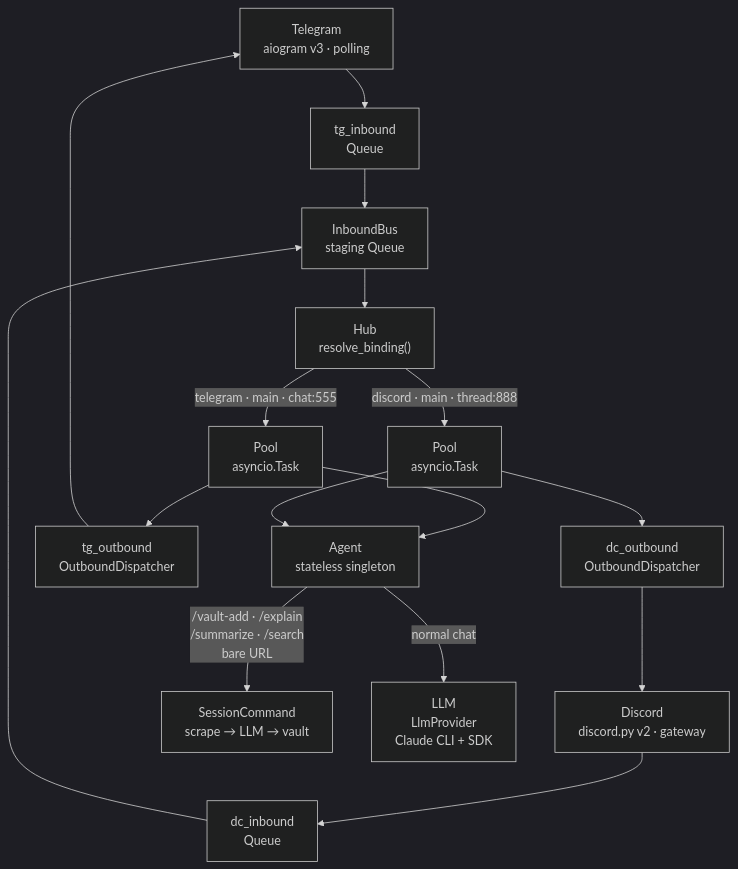
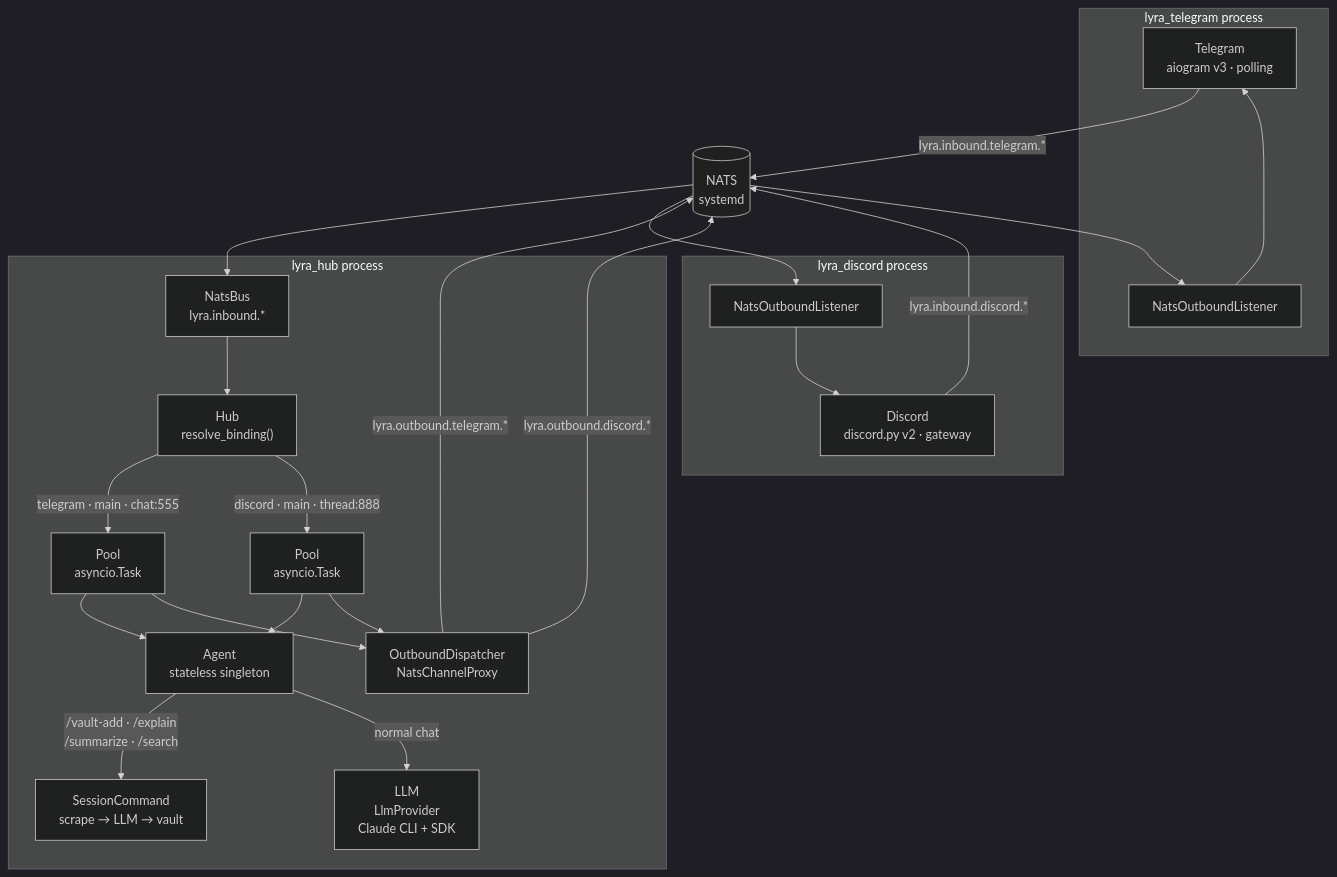
The diagram in README.md (Roxabi/lyra), drawn with Mermaid (dark theme) before and after one commit. The commit also changed other lines of this file and 4 other files, not shown here.

First line of the commit message:
docs: update all docs for NATS three-process mode (#458)

````diff
--- a/README.md
+++ b/README.md
@@ -30,18 +30,38 @@
 ```mermaid
 flowchart TD
-    TG["Telegram<br/>aiogram v3 · polling"] --> TQ["tg_inbound<br/>Queue"]
-    DC["Discord<br/>discord.py v2 · gateway"] --> DQ["dc_inbound<br/>Queue"]
-    TQ --> STG["InboundBus<br/>staging Queue"]
-    DQ --> STG
-    STG --> HUB["Hub<br/>resolve_binding()"]
-    HUB -->|"telegram · main · chat:555"| P1["Pool<br/>asyncio.Task"]
-    HUB -->|"discord · main · thread:888"| P2["Pool<br/>asyncio.Task"]
-    P1 --> AGENT["Agent<br/>stateless singleton"]
+    subgraph AP["lyra_telegram process"]
+        TG["Telegram<br/>aiogram v3 · polling"]
+        TGOL["NatsOutboundListener"]
+    end
+    subgraph DP["lyra_discord process"]
+        DC["Discord<br/>discord.py v2 · gateway"]
+        DCOL["NatsOutboundListener"]
+    end
+    subgraph HP["lyra_hub process"]
+        BUS["NatsBus<br/>lyra.inbound.*"]
+        HUB["Hub<br/>resolve_binding()"]
+        P1["Pool<br/>asyncio.Task"]
+        P2["Pool<br/>asyncio.Task"]
+        AGENT["Agent<br/>stateless singleton"]
+        LLM["LLM<br/>LlmProvider<br/>Claude CLI + SDK"]
+        SC["SessionCommand<br/>scrape → LLM → vault"]
+        OD["OutboundDispatcher<br/>NatsChannelProxy"]
+    end
+    NATS[("NATS<br/>systemd")]
+
+    TG -->|"lyra.inbound.telegram.*"| NATS
+    DC -->|"lyra.inbound.discord.*"| NATS
+    NATS --> BUS --> HUB
+    HUB -->|"telegram · main · chat:555"| P1
+    HUB -->|"discord · main · thread:888"| P2
+    P1 --> AGENT
     P2 --> AGENT
-    AGENT -->|"/vault-add · /explain<br/>/summarize · /search<br/>bare URL"| SC["SessionCommand<br/>scrape → LLM → vault"]
-    AGENT -->|"normal chat"| LLM["LLM<br/>LlmProvider<br/>Claude CLI + SDK"]
-    P1 --> TGO["tg_outbound<br/>OutboundDispatcher"]
-    P2 --> DCO["dc_outbound<br/>OutboundDispatcher"]
-    TGO --> TG
-    DCO --> DC
+    AGENT -->|"/vault-add · /explain<br/>/summarize · /search"| SC
+    AGENT -->|"normal chat"| LLM
+    P1 --> OD
+    P2 --> OD
+    OD -->|"lyra.outbound.telegram.*"| NATS
+    OD -->|"lyra.outbound.discord.*"| NATS
+    NATS --> TGOL --> TG
+    NATS --> DCOL --> DC
 ```
````
